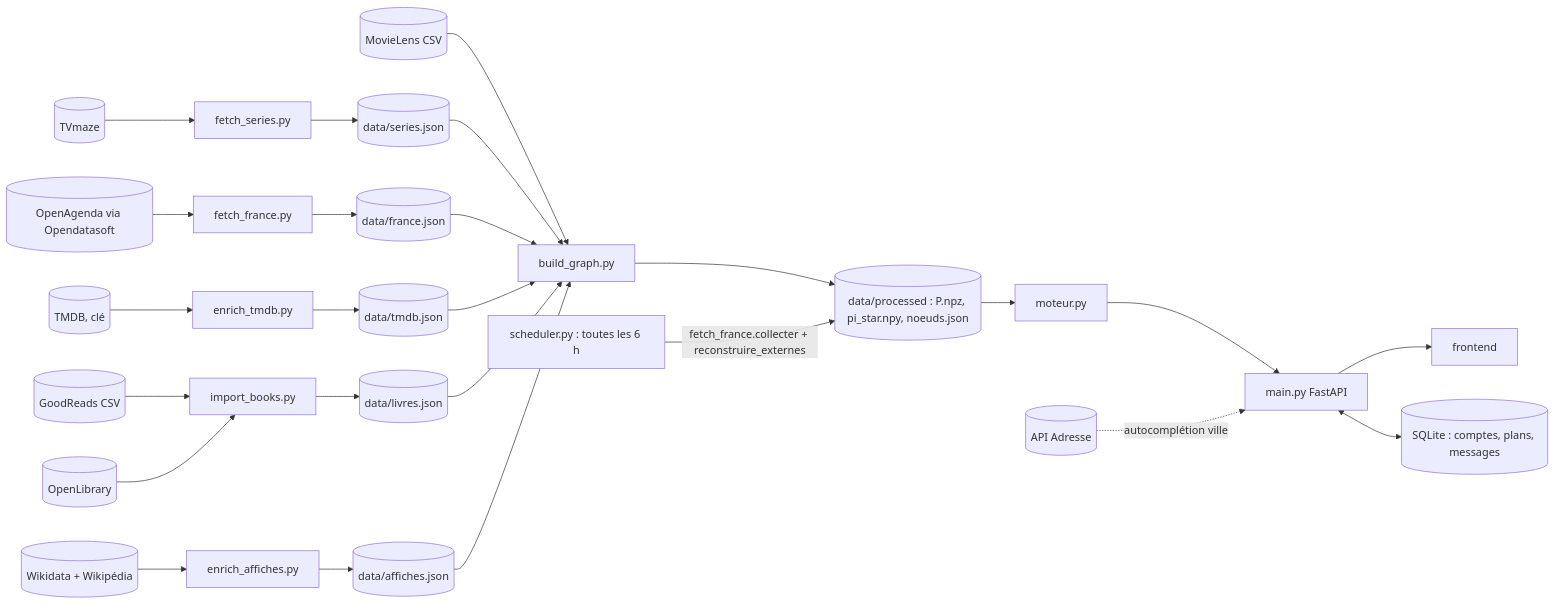
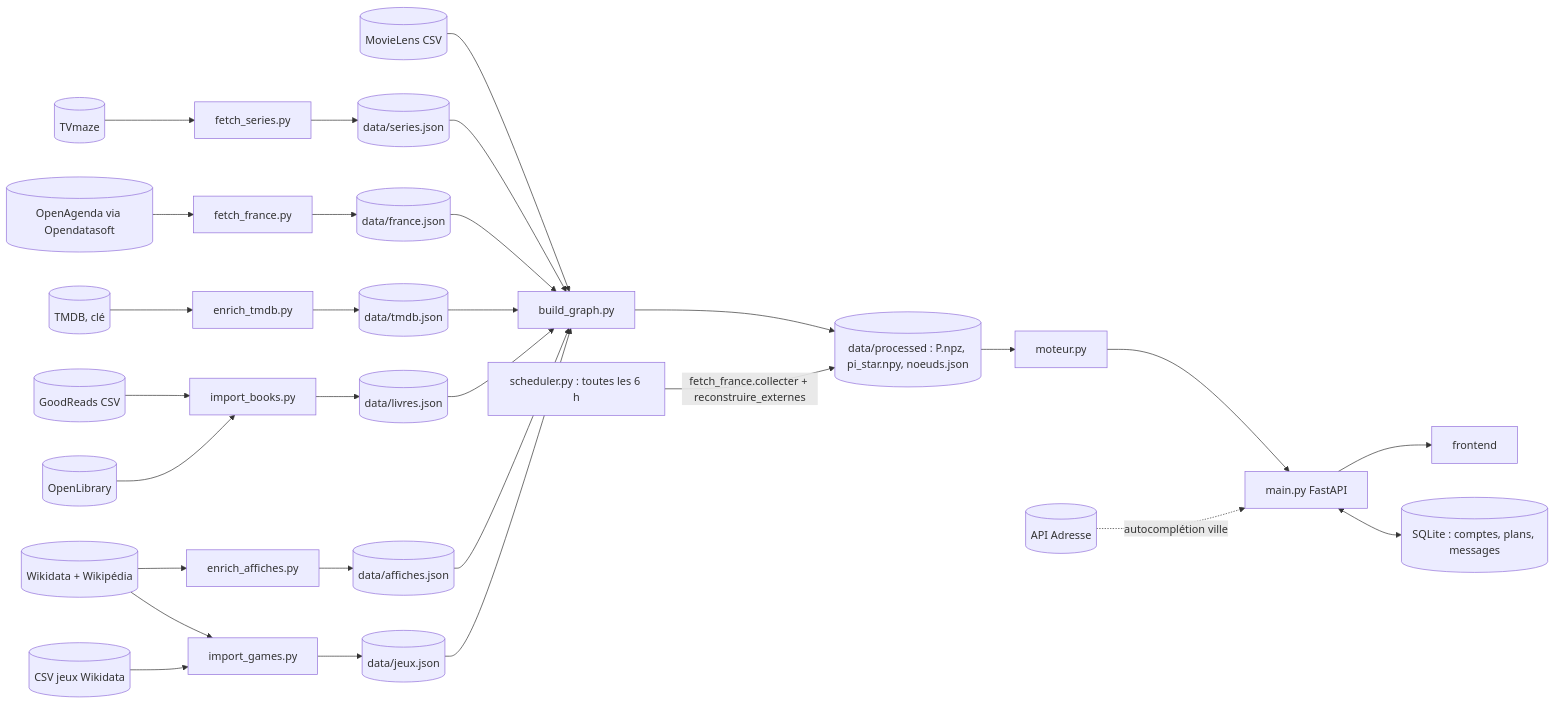
Before and after one commit to saadyia/hackathon_ennui: the diagram in docs/architecture.md, drawn with Mermaid. The commit also changed other lines of this file and 18 other files, not shown here.

First line of the commit message:
Jeux vidéo : import, francisation, consoles, modes de jeu et sessions

````diff
--- a/docs/architecture.md
+++ b/docs/architecture.md
@@ -4,15 +4,17 @@
 ```mermaid
 flowchart LR
   ML[(MovieLens CSV)] --> B[build_graph.py]
   TV[(TVmaze)] --> FS[fetch_series.py] --> SJ[(data/series.json)] --> B
   OA[(OpenAgenda via Opendatasoft)] --> FF[fetch_france.py] --> FJ[(data/france.json)] --> B
   TMDB[(TMDB, clé)] --> ET[enrich_tmdb.py] --> TJ[(data/tmdb.json)] --> B
   GR[(GoodReads CSV)] --> IB[import_books.py] --> LJ[(data/livres.json)] --> B
   OL[(OpenLibrary)] --> IB
   WM[(Wikidata + Wikipédia)] --> EA[enrich_affiches.py] --> AJ[(data/affiches.json)] --> B
+  VG[(CSV jeux Wikidata)] --> IG[import_games.py] --> JJ[(data/jeux.json)] --> B
+  WM --> IG
   B --> D[(data/processed : P.npz, pi_star.npy, noeuds.json)]
   D --> M[moteur.py] --> A[main.py FastAPI] --> F[frontend]
   AD[(API Adresse)] -. autocomplétion ville .-> A
   SC[scheduler.py : toutes les 6 h] -->|fetch_france.collecter + reconstruire_externes| D
   A <--> DB[(SQLite : comptes, plans, messages)]
 ```
````
